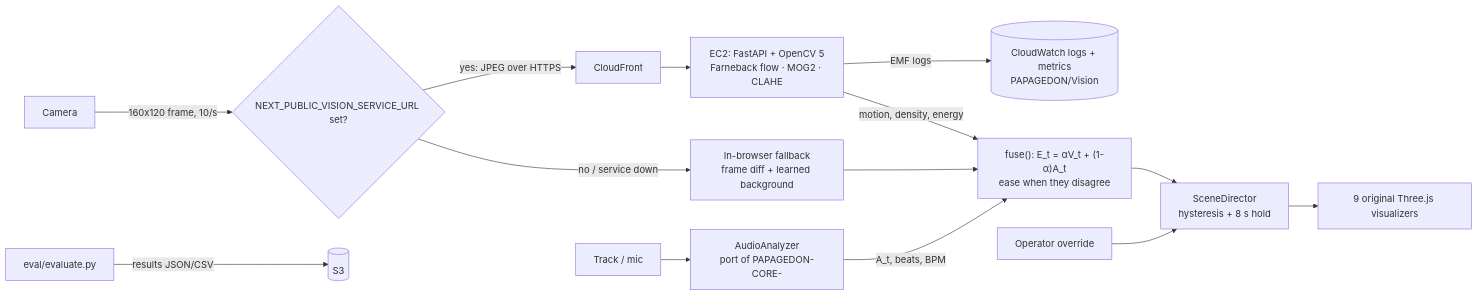
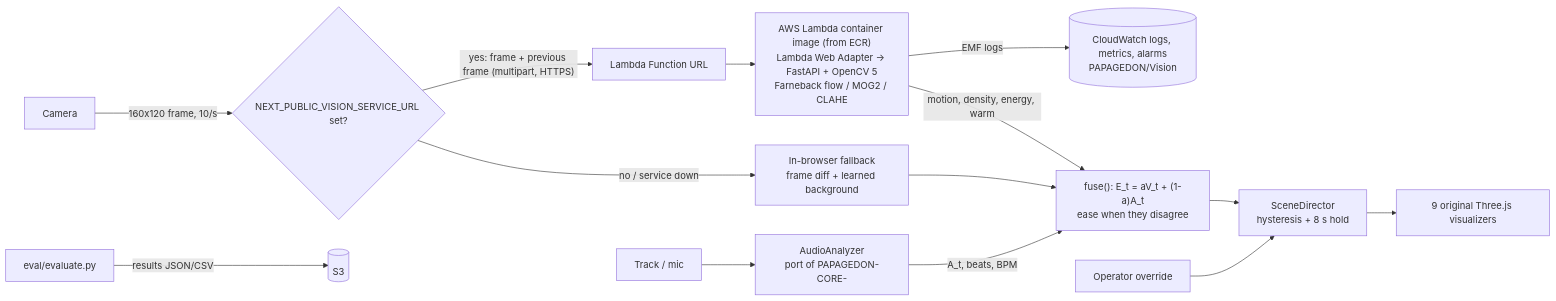
One commit to Daddymuphasa/PORTFOLIO- changed the diagram in docs/VISION.md. Above: the diagram before and after it, drawn with Mermaid. The commit also changed other lines of this file and 11 other files, not shown here.

First line of the commit message:
Vision service: move AWS deploy to Lambda container + Function URL (no EC2/CloudFront)

````diff
--- a/docs/VISION.md
+++ b/docs/VISION.md
@@ -8,14 +8,15 @@
 ```mermaid
 flowchart LR
   Cam[Camera] -->|160x120 frame, 10/s| Choice{NEXT_PUBLIC_VISION_SERVICE_URL set?}
-  Choice -->|yes: JPEG over HTTPS| CF[CloudFront] --> EC2["EC2: FastAPI + OpenCV 5<br/>Farneback flow · MOG2 · CLAHE"]
-  EC2 -->|EMF logs| CW[(CloudWatch logs + metrics<br/>PAPAGEDON/Vision)]
-  EC2 -->|motion, density, energy| Fuse
+  Choice -->|"yes: frame + previous frame (multipart, HTTPS)"| URL[Lambda Function URL]
+  URL --> L["AWS Lambda container image (from ECR)<br/>Lambda Web Adapter -> FastAPI + OpenCV 5<br/>Farneback flow / MOG2 / CLAHE"]
+  L -->|EMF logs| CW[(CloudWatch logs, metrics, alarms<br/>PAPAGEDON/Vision)]
+  L -->|motion, density, energy, warm| Fuse
   Choice -->|no / service down| Browser[In-browser fallback<br/>frame diff + learned background]
   Browser --> Fuse
   Mic[Track / mic] --> Audio[AudioAnalyzer<br/>port of PAPAGEDON-CORE-] -->|A_t, beats, BPM| Fuse
-  Fuse["fuse(): E_t = αV_t + (1-α)A_t<br/>ease when they disagree"] --> Dir[SceneDirector<br/>hysteresis + 8 s hold]
+  Fuse["fuse(): E_t = aV_t + (1-a)A_t<br/>ease when they disagree"] --> Dir[SceneDirector<br/>hysteresis + 8 s hold]
   Op[Operator override] --> Dir
   Dir --> Viz[9 original Three.js visualizers]
   Eval[eval/evaluate.py] -->|results JSON/CSV| S3[(S3)]
 ```
````
